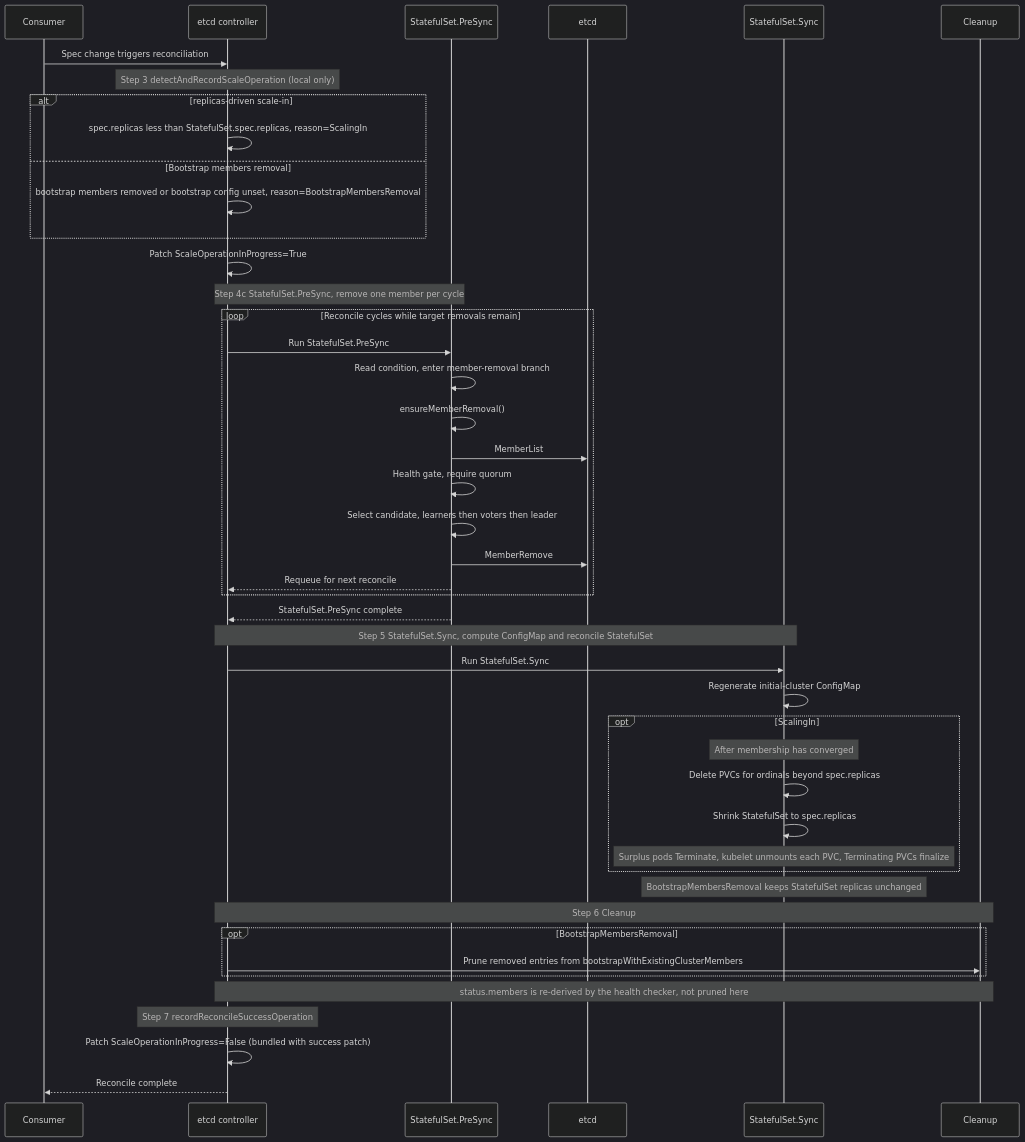
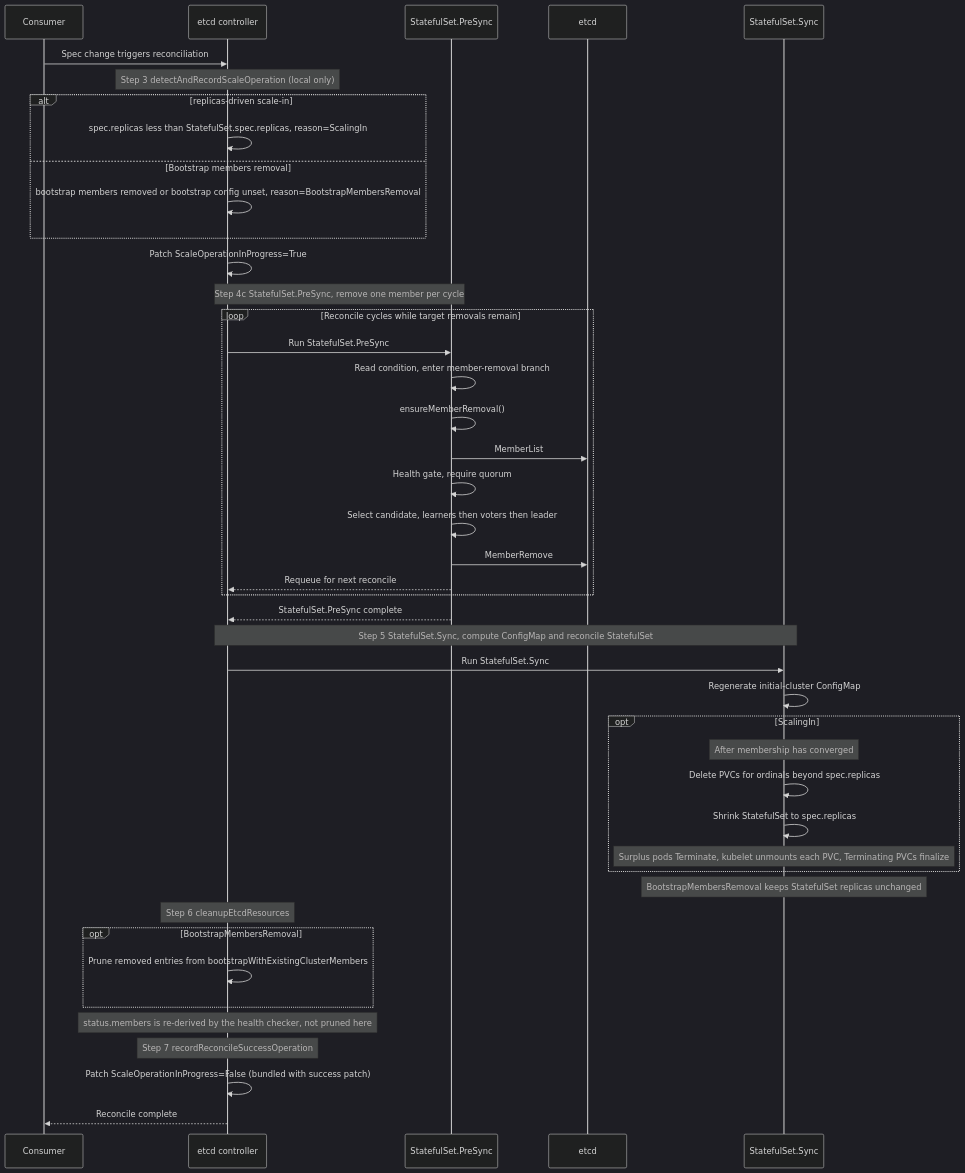
Before and after one commit to gardener/etcd-druid: the first of 2 diagrams in docs/proposals/08-scale-in.md, drawn with Mermaid (dark theme). The commit also changed other lines of this file, not shown here.

````diff
--- a/docs/proposals/08-scale-in.md
+++ b/docs/proposals/08-scale-in.md
@@ -183,53 +182,52 @@
 ```mermaid
 sequenceDiagram
     participant C as Consumer
     participant R as etcd controller
     participant P as StatefulSet.PreSync
     participant E as etcd
     participant S as StatefulSet.Sync
-    participant K as Cleanup
 
     C->>R: Spec change triggers reconciliation
 
     Note over R: Step 3 detectAndRecordScaleOperation (local only)
     alt replicas-driven scale-in
         R->>R: spec.replicas less than StatefulSet.spec.replicas, reason=ScalingIn
     else Bootstrap members removal
         R->>R: bootstrap members removed or bootstrap config unset, reason=BootstrapMembersRemoval
     end
     R->>R: Patch ScaleOperationInProgress=True
 
     Note over R,P: Step 4c StatefulSet.PreSync, remove one member per cycle
     loop Reconcile cycles while target removals remain
         R->>P: Run StatefulSet.PreSync
         P->>P: Read condition, enter member-removal branch
         P->>P: ensureMemberRemoval()
         P->>E: MemberList
         P->>P: Health gate, require quorum
         P->>P: Select candidate, learners then voters then leader
         P->>E: MemberRemove
         P-->>R: Requeue for next reconcile
     end
     P-->>R: StatefulSet.PreSync complete
 
     Note over R,S: Step 5 StatefulSet.Sync, compute ConfigMap and reconcile StatefulSet
     R->>S: Run StatefulSet.Sync
     S->>S: Regenerate initial-cluster ConfigMap
     opt ScalingIn
         Note over S: After membership has converged
         S->>S: Delete PVCs for ordinals beyond spec.replicas
         S->>S: Shrink StatefulSet to spec.replicas
         Note over S: Surplus pods Terminate, kubelet unmounts each PVC, Terminating PVCs finalize
     end
     Note over S: BootstrapMembersRemoval keeps StatefulSet replicas unchanged
 
-    Note over R,K: Step 6 Cleanup
+    Note over R: Step 6 cleanupEtcdResources
     opt BootstrapMembersRemoval
-        R->>K: Prune removed entries from bootstrapWithExistingClusterMembers
+        R->>R: Prune removed entries from bootstrapWithExistingClusterMembers
     end
-    Note over R,K: status.members is re-derived by the health checker, not pruned here
+    Note over R: status.members is re-derived by the health checker, not pruned here
 
     Note over R: Step 7 recordReconcileSuccessOperation
     R->>R: Patch ScaleOperationInProgress=False (bundled with success patch)
     R-->>C: Reconcile complete
 ```
````
